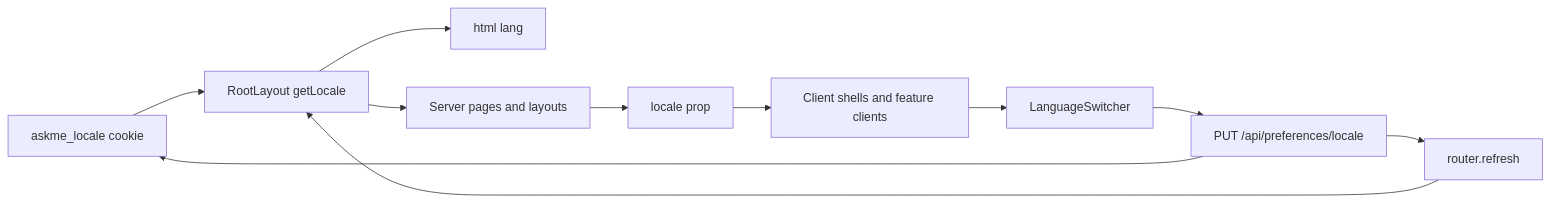
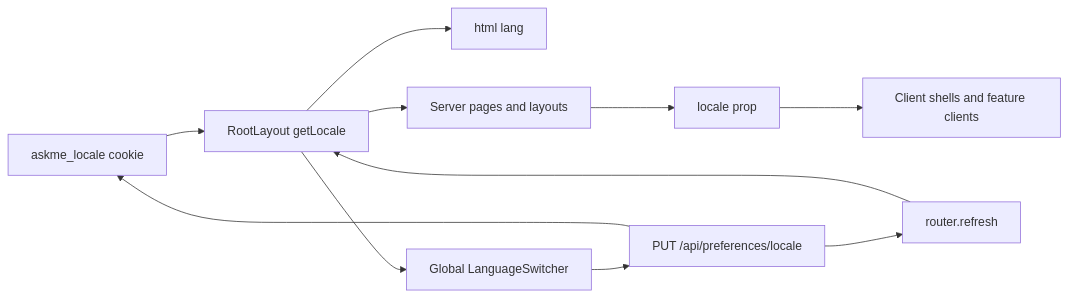
The diagram in docs/architecture/DESIGN-003.md (monshunter/askme), drawn with Mermaid before and after one commit. The commit also changed other lines of this file and 60 other files, not shown here.

Commit message:
fix: consolidate Agent navigation and global language controls

````diff
--- a/docs/architecture/DESIGN-003.md
+++ b/docs/architecture/DESIGN-003.md
@@ -58,13 +64,13 @@
 ```mermaid
 flowchart LR
   C["askme_locale cookie"] --> R["RootLayout getLocale"]
   R --> H["html lang"]
+  R --> L["Global LanguageSwitcher"]
   R --> S["Server pages and layouts"]
   S --> P["locale prop"]
   P --> X["Client shells and feature clients"]
-  X --> L["LanguageSwitcher"]
   L --> A["PUT /api/preferences/locale"]
   A --> C
   A --> F["router.refresh"]
   F --> R
 ```
````
